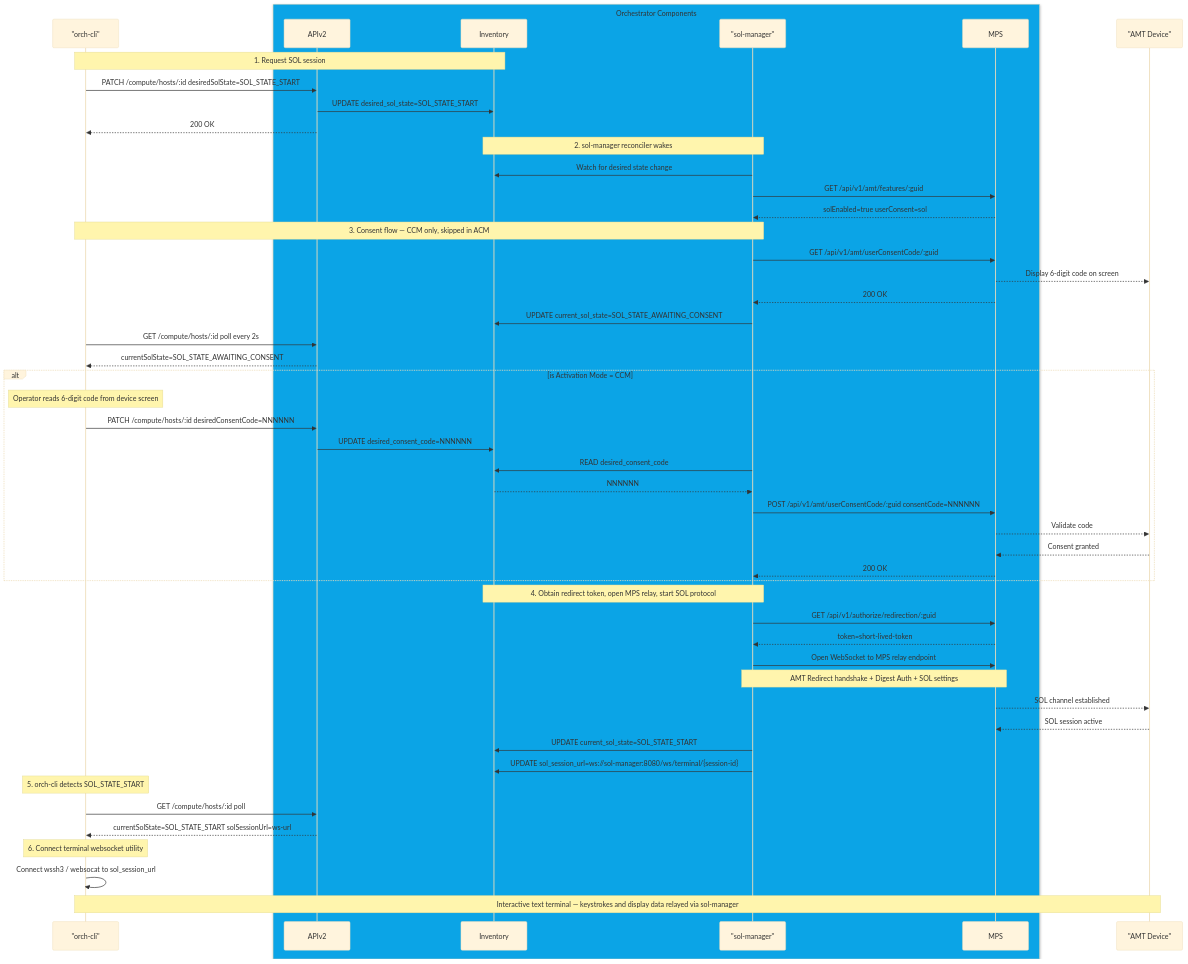
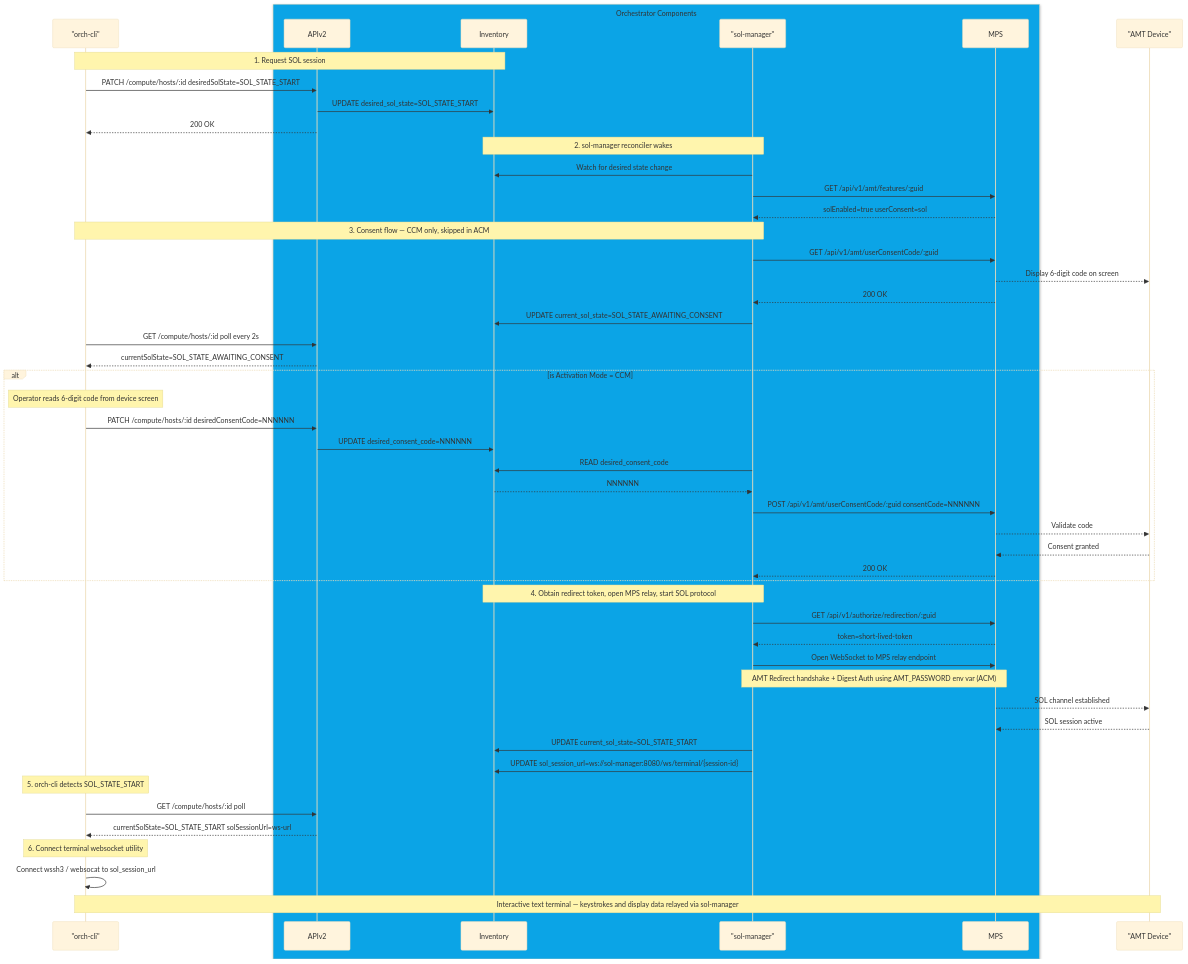
The second of 2 diagrams in design-proposals/vpro_sol_kvm.md (open-edge-platform/edge-manageability-framework), drawn with Mermaid (base theme) before and after one commit. The commit also changed other lines of this file, not shown here.

Commit message:
updated password handling part

````diff
--- a/design-proposals/vpro_sol_kvm.md
+++ b/design-proposals/vpro_sol_kvm.md
@@ -404,61 +406,61 @@
 ```mermaid
 sequenceDiagram
     participant CLI as "orch-cli"
 box rgba(11, 164, 230, 1) Orchestrator Components
     participant APIV2 as APIv2
     participant INV as Inventory
     participant SM as "sol-manager"
     participant MPS as MPS
 end
     participant AMT as "AMT Device"
 
     Note over CLI,INV: 1. Request SOL session
     CLI->>APIV2: PATCH /compute/hosts/:id desiredSolState=SOL_STATE_START
     APIV2->>INV: UPDATE desired_sol_state=SOL_STATE_START
     APIV2-->>CLI: 200 OK
 
     Note over SM,INV: 2. sol-manager reconciler wakes
     SM->>INV: Watch for desired state change
     SM->>MPS: GET /api/v1/amt/features/:guid
     MPS-->>SM: solEnabled=true userConsent=sol
 
     Note over SM,CLI: 3. Consent flow — CCM only, skipped in ACM
     SM->>MPS: GET /api/v1/amt/userConsentCode/:guid
     MPS-->>AMT: Display 6-digit code on screen
     MPS-->>SM: 200 OK
     SM->>INV: UPDATE current_sol_state=SOL_STATE_AWAITING_CONSENT
 
     CLI->>APIV2: GET /compute/hosts/:id poll every 2s
     APIV2-->>CLI: currentSolState=SOL_STATE_AWAITING_CONSENT
 
     alt is Activation Mode = CCM
     Note over CLI: Operator reads 6-digit code from device screen
     CLI->>APIV2: PATCH /compute/hosts/:id desiredConsentCode=NNNNNN
     APIV2->>INV: UPDATE desired_consent_code=NNNNNN
 
     SM->>INV: READ desired_consent_code
     INV-->>SM: NNNNNN
     SM->>MPS: POST /api/v1/amt/userConsentCode/:guid consentCode=NNNNNN
     MPS-->>AMT: Validate code
     AMT-->>MPS: Consent granted
     MPS-->>SM: 200 OK
     end
 
     Note over SM,INV: 4. Obtain redirect token, open MPS relay, start SOL protocol
     SM->>MPS: GET /api/v1/authorize/redirection/:guid
     MPS-->>SM: token=short-lived-token
     SM->>MPS: Open WebSocket to MPS relay endpoint
-    Note over SM,MPS: AMT Redirect handshake + Digest Auth + SOL settings
+    Note over SM,MPS: AMT Redirect handshake + Digest Auth using AMT_PASSWORD env var (ACM)
     MPS-->>AMT: SOL channel established
     AMT-->>MPS: SOL session active
     SM->>INV: UPDATE current_sol_state=SOL_STATE_START
     SM->>INV: UPDATE sol_session_url=ws://sol-manager:8080/ws/terminal/{session-id}
 
     Note over CLI: 5. orch-cli detects SOL_STATE_START 
     CLI->>APIV2: GET /compute/hosts/:id poll
     APIV2-->>CLI: currentSolState=SOL_STATE_START solSessionUrl=ws-url
 
     Note over CLI: 6. Connect terminal websocket utility
     CLI->>CLI: Connect wssh3 / websocat to sol_session_url
     Note over CLI,AMT: Interactive text terminal — keystrokes and display data relayed via sol-manager
 ```
````
